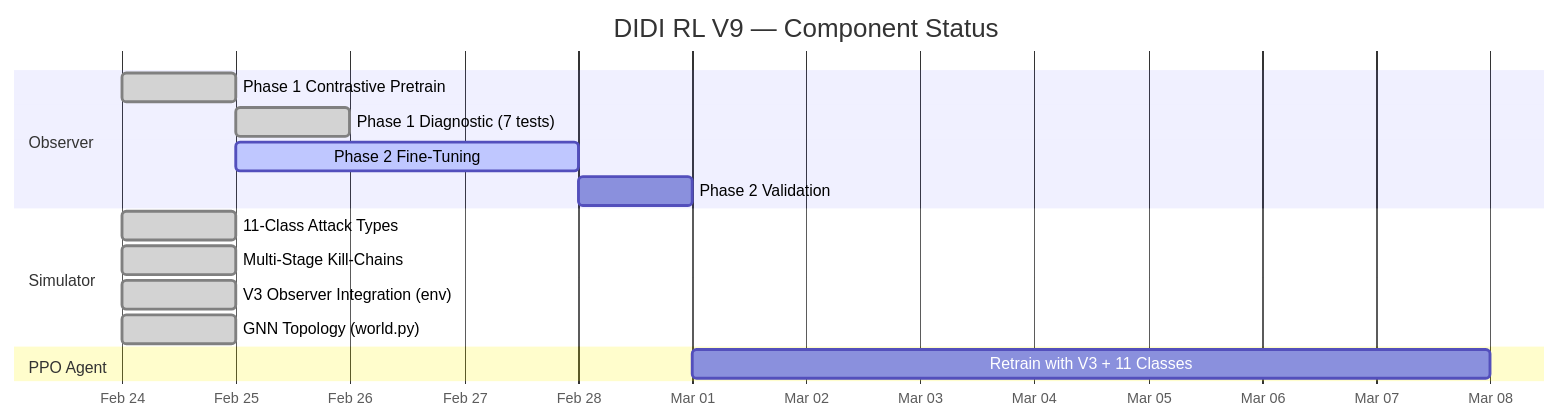
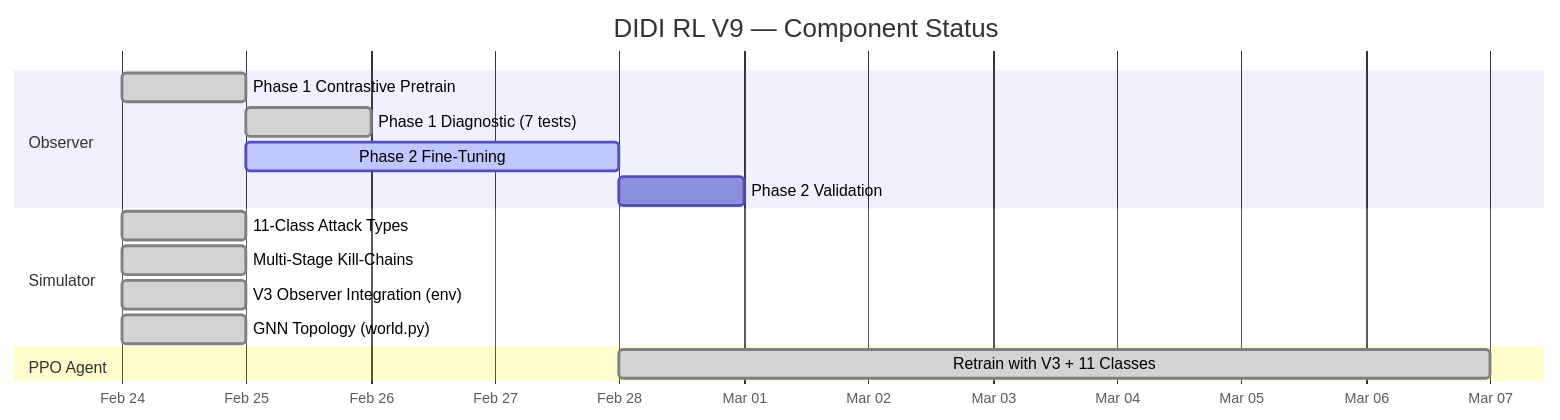
Diagram 14 of 15 in README.md (didi-09/AI_DRIVEN_SOAR), drawn with Mermaid before and after one commit. The commit also changed other lines of this file, not shown here.

````diff
--- a/README.md
+++ b/README.md
@@ -846,21 +846,21 @@
 ```mermaid
 gantt
     title DIDI RL V9 — Component Status
     dateFormat  YYYY-MM-DD
     axisFormat  %b %d
 
     section Observer
     Phase 1 Contrastive Pretrain   :done,    p1, 2026-02-24, 1d
     Phase 1 Diagnostic (7 tests)   :done,    d1, after p1, 1d
     Phase 2 Fine-Tuning            :active,  p2, 2026-02-25, 3d
     Phase 2 Validation             :         p2v, after p2, 1d
 
     section Simulator
     11-Class Attack Types          :done,    atk, 2026-02-24, 1d
     Multi-Stage Kill-Chains        :done,    kc, 2026-02-24, 1d
     V3 Observer Integration (env)  :done,    vi, 2026-02-24, 1d
     GNN Topology (world.py)        :done,    gnn, 2026-02-24, 1d
 
     section PPO Agent
-    Retrain with V3 + 11 Classes   :         ppo, after p2v, 7d
+    Retrain with V3 + 11 Classes   :done,    ppo, 2026-02-28, 7d
 ```
````
